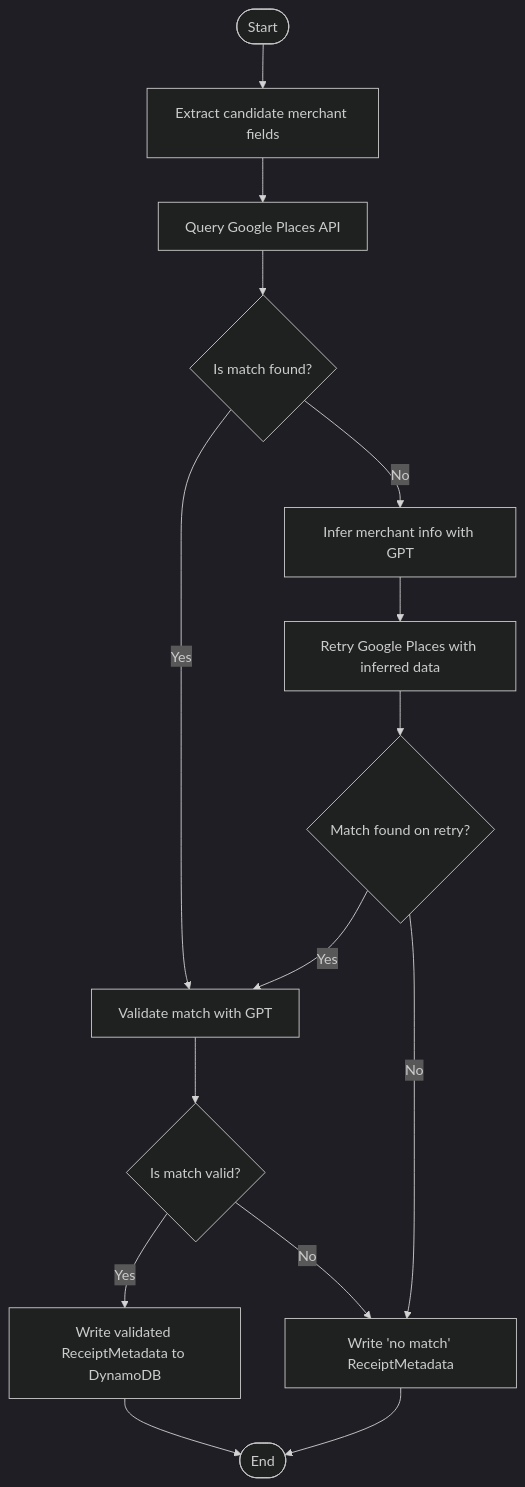
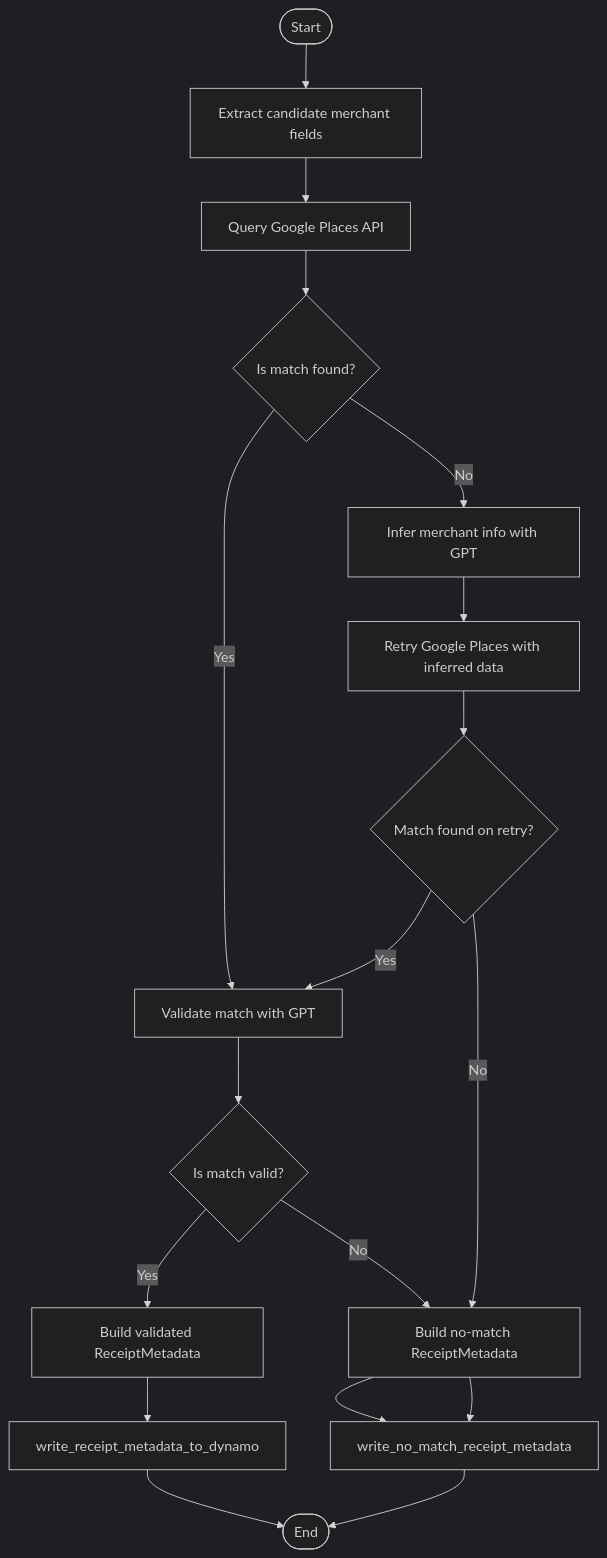
One commit to tnorlund/Portfolio changed the diagram in receipt_label/receipt_label/merchant_validation/README.md. Above: the diagram before and after it, drawn with Mermaid (dark theme). The commit also changed other lines of this file and 1 other file, not shown here.

````diff
--- a/receipt_label/receipt_label/merchant_validation/README.md
+++ b/receipt_label/receipt_label/merchant_validation/README.md
@@ -37,20 +60,20 @@
 ```mermaid
 flowchart TD
-    Start([Start]) --> ExtractReceiptFields["Extract candidate merchant fields"]
-    ExtractReceiptFields --> SearchGooglePlaces["Query Google Places API"]
-    SearchGooglePlaces --> IsMatchFound{"Is match found?"}
+    Start([Start]) --> extract_candidate_merchant_fields["Extract candidate merchant fields"]
+    extract_candidate_merchant_fields --> query_google_places["Query Google Places API"]
+    query_google_places --> IsMatchFound{"Is match found?"}
 
-    IsMatchFound -- Yes --> ValidateWithGPT["Validate match with GPT"]
+    IsMatchFound -- Yes --> validate_match_with_gpt["Validate match with GPT"]
     IsMatchFound -- No --> InferWithGPT["Infer merchant info with GPT"]
-    InferWithGPT --> RetryGoogleSearch["Retry Google Places with inferred data"]
-    RetryGoogleSearch --> IsRetryMatchFound{"Match found on retry?"}
-    IsRetryMatchFound -- Yes --> ValidateWithGPT
-    IsRetryMatchFound -- No --> WriteNoResultMetadata["Write 'no match' ReceiptMetadata"]
+    InferWithGPT --> retry_google_search_with_inferred_data["Retry Google Places with inferred data"]
+    retry_google_search_with_inferred_data --> IsRetryMatchFound{"Match found on retry?"}
+    IsRetryMatchFound -- Yes --> validate_match_with_gpt
+    IsRetryMatchFound -- No --> build_receipt_metadata_from_result_no_match["Build no-match ReceiptMetadata"] --> write_no_match_receipt_metadata
 
-    ValidateWithGPT --> IsValid{"Is match valid?"}
-    IsValid -- Yes --> WriteMetadata["Write validated ReceiptMetadata to DynamoDB"]
-    IsValid -- No --> WriteNoResultMetadata
+    validate_match_with_gpt --> IsValid{"Is match valid?"}
+    IsValid -- Yes --> build_receipt_metadata_from_result["Build validated ReceiptMetadata"] --> write_receipt_metadata_to_dynamo
+    IsValid -- No --> build_receipt_metadata_from_result_no_match --> write_no_match_receipt_metadata
 
-    WriteNoResultMetadata --> End([End])
-    WriteMetadata --> End([End])
+    write_no_match_receipt_metadata --> End([End])
+    write_receipt_metadata_to_dynamo --> End([End])
 ```
````
